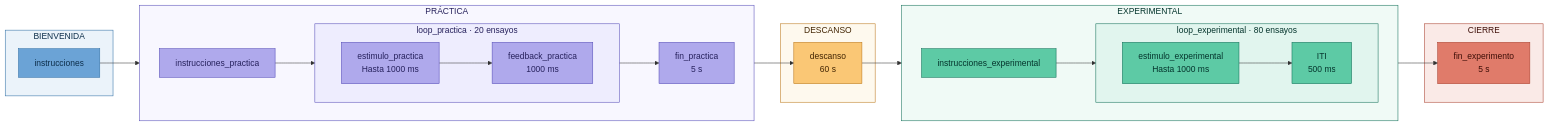
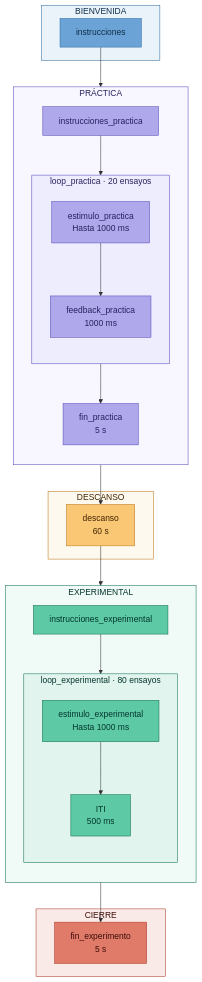
Before and after one commit to mlandaf/taller_4_FES: the diagram in readme.md, drawn with Mermaid.

Commit message:
Orientar flujo de tarea verticalmente
Actualiza el diagrama Mermaid del README para mostrar el flujo general y sus subflujos de práctica y experimentación en orientación vertical.

````diff
--- a/readme.md
+++ b/readme.md
@@ -105,65 +105,65 @@
 ```mermaid
-flowchart LR
+flowchart TD
     subgraph SB["BIENVENIDA"]
         A["instrucciones"]
     end
 
     subgraph SP["PRÁCTICA"]
-        direction LR
+        direction TB
         B["instrucciones_practica"]
         subgraph LP["loop_practica · 20 ensayos"]
-            direction LR
+            direction TB
             P1["estimulo_practica<br/>Hasta 1000 ms"]
             P2["feedback_practica<br/>1000 ms"]
             P1 --> P2
         end
         C["fin_practica<br/>5 s"]
         B --> LP
         LP --> C
     end
 
     subgraph SD["DESCANSO"]
         D["descanso<br/>60 s"]
     end
 
     subgraph SE["EXPERIMENTAL"]
-        direction LR
+        direction TB
         E["instrucciones_experimental"]
         subgraph LE["loop_experimental · 80 ensayos"]
-            direction LR
+            direction TB
             E1["estimulo_experimental<br/>Hasta 1000 ms"]
             E2["ITI<br/>500 ms"]
             E1 --> E2
         end
         E --> LE
     end
 
     subgraph SC["CIERRE"]
         F["fin_experimento<br/>5 s"]
     end
 
     A --> B
     C --> D
     D --> E
     LE --> F
 
     classDef bienvenida fill:#6BA3D6,stroke:#2E6DA4,color:#0D2E4A
     classDef practica fill:#AFA9EC,stroke:#534AB7,color:#26215C
     classDef experimental fill:#5DCAA5,stroke:#0F6E56,color:#04342C
     classDef descanso fill:#FAC775,stroke:#BA7517,color:#412402
     classDef cierre fill:#E07B6A,stroke:#A83D2B,color:#3D0E07
 
     class A bienvenida
     class B,P1,P2,C practica
     class E,E1,E2 experimental
     class D descanso
     class F cierre
 
     style SB fill:#EBF3FA,stroke:#2E6DA4,color:#0D2E4A
     style SP fill:#F8F7FF,stroke:#534AB7,color:#26215C
     style LP fill:#EEEDFE,stroke:#534AB7,color:#26215C
     style SD fill:#FEF9EE,stroke:#BA7517,color:#412402
     style SE fill:#F0FAF6,stroke:#0F6E56,color:#04342C
     style LE fill:#E1F5EE,stroke:#0F6E56,color:#04342C
     style SC fill:#FAEAE7,stroke:#A83D2B,color:#3D0E07
 ```
````
